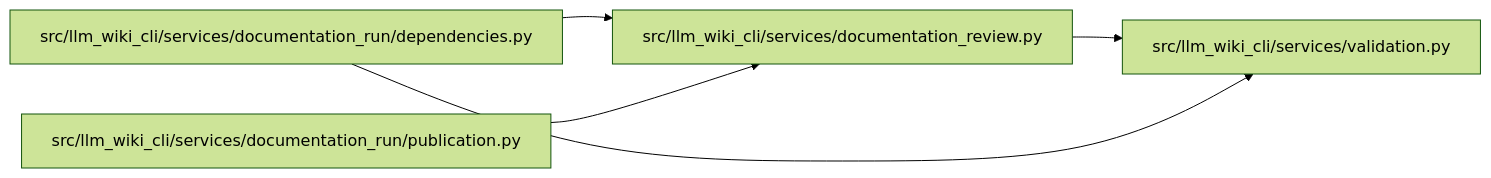
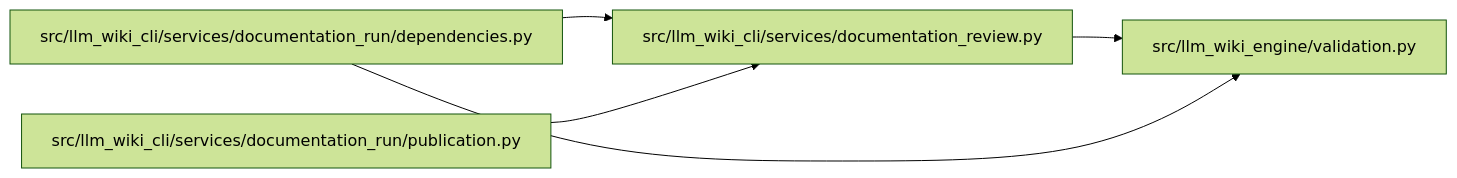
One commit to Denissvgn/python-wiki-llm changed the diagram in docs/llm_wiki/modules/documentation_review.md. Above: the diagram before and after it, drawn with Mermaid (forest theme). The commit also changed other lines of this file and 1103 other files, not shown here.

First line of the commit message:
docs: refresh the wiki for the llm-wiki-engine distribution

````diff
--- a/docs/llm_wiki/modules/documentation_review.md
+++ b/docs/llm_wiki/modules/documentation_review.md
@@ -34,15 +34,15 @@
 ```mermaid
 flowchart LR
     n0["src/llm_wiki_cli/services/documentation_review.py"]
     n1["src/llm_wiki_cli/services/documentation_run/dependencies.py"]
     n2["src/llm_wiki_cli/services/documentation_run/publication.py"]
-    n3["src/llm_wiki_cli/services/validation.py"]
+    n3["src/llm_wiki_engine/validation.py"]
     n0 --> n3
     n1 --> n0
     n1 --> n3
     n2 --> n0
     click n0 "../modules/documentation_review.md"
     click n1 "../modules/documentation_run_dependencies.md"
     click n2 "../modules/publication.md"
     click n3 "../modules/validation.md"
 ```
````
